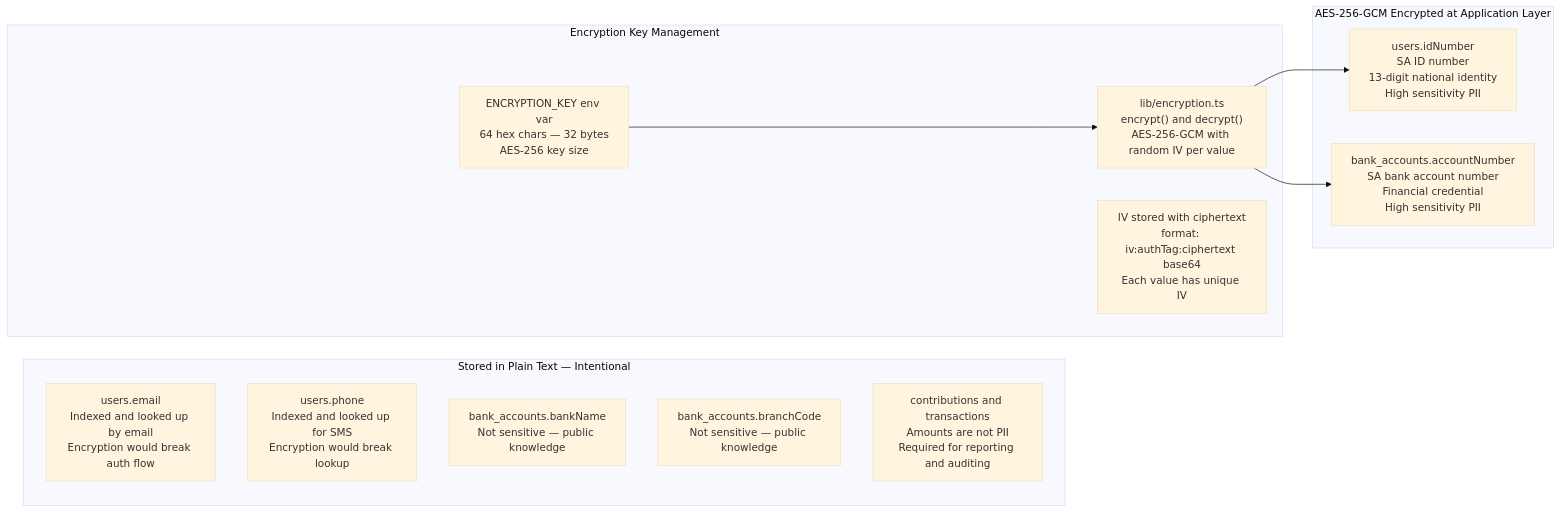
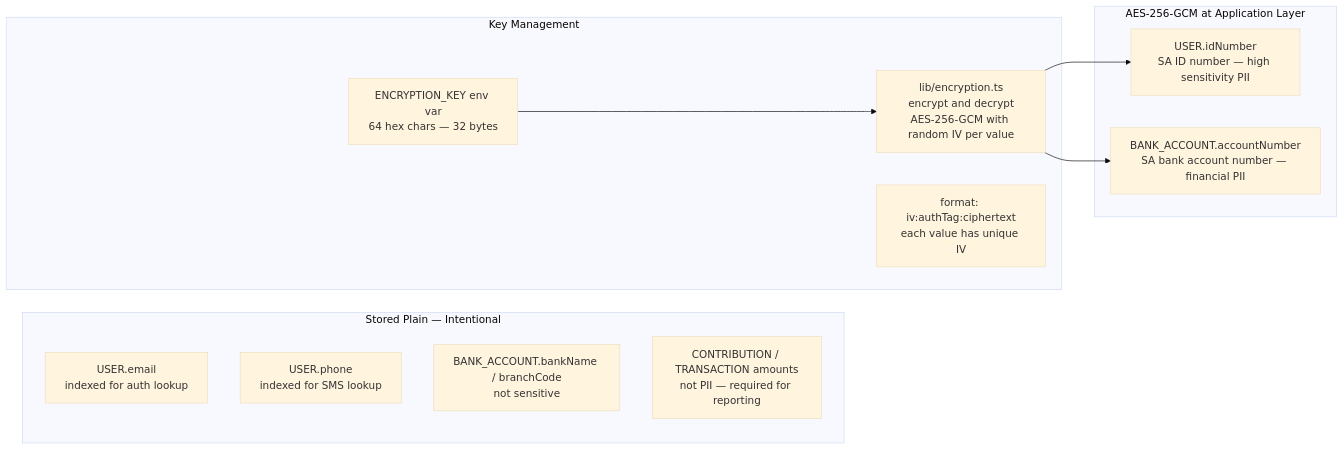
Before and after one commit to KSDRILL-SA/Xkimi-Xa-Mali: the fourth of 4 diagrams in docs/database/01-erd.md, drawn with Mermaid (base theme). The commit also changed other lines of this file, not shown here.

First line of the commit message:
fix(docs): rewrite ERD diagrams using erDiagram syntax (#69)

````diff
--- a/docs/database/01-erd.md
+++ b/docs/database/01-erd.md
@@ -165,24 +252,22 @@
 ```mermaid
 flowchart LR
-    subgraph ENC["AES-256-GCM Encrypted at Application Layer"]
-        E1["users.idNumber\nSA ID number\n13-digit national identity\nHigh sensitivity PII"]
-        E2["bank_accounts.accountNumber\nSA bank account number\nFinancial credential\nHigh sensitivity PII"]
+    subgraph ENCRYPTED["AES-256-GCM at Application Layer"]
+        E1["USER.idNumber\nSA ID number — high sensitivity PII"]
+        E2["BANK_ACCOUNT.accountNumber\nSA bank account number — financial PII"]
     end
 
-    subgraph NOT_ENC["Stored in Plain Text — Intentional"]
-        N1["users.email\nIndexed and looked up by email\nEncryption would break auth flow"]
-        N2["users.phone\nIndexed and looked up for SMS\nEncryption would break lookup"]
-        N3["bank_accounts.bankName\nNot sensitive — public knowledge"]
-        N4["bank_accounts.branchCode\nNot sensitive — public knowledge"]
-        N5["contributions and transactions\nAmounts are not PII\nRequired for reporting and auditing"]
+    subgraph PLAIN["Stored Plain — Intentional"]
+        P1["USER.email\nindexed for auth lookup"]
+        P2["USER.phone\nindexed for SMS lookup"]
+        P3["BANK_ACCOUNT.bankName / branchCode\nnot sensitive"]
+        P4["CONTRIBUTION / TRANSACTION amounts\nnot PII — required for reporting"]
     end
 
-    subgraph ENC_FLOW["Encryption Key Management"]
-        EK1["ENCRYPTION_KEY env var\n64 hex chars — 32 bytes\nAES-256 key size"]
-        EK2["lib/encryption.ts\nencrypt() and decrypt()\nAES-256-GCM with random IV per value"]
-        EK3["IV stored with ciphertext\nformat: iv:authTag:ciphertext base64\nEach value has unique IV"]
+    subgraph KEY_MGMT["Key Management"]
+        K1["ENCRYPTION_KEY env var\n64 hex chars — 32 bytes"]
+        K2["lib/encryption.ts\nencrypt and decrypt\nAES-256-GCM with random IV per value"]
+        K3["format: iv:authTag:ciphertext\neach value has unique IV"]
     end
 
-    EK1 --> EK2 --> E1
-    EK2 --> E2
+    K1 --> K2 --> E1 & E2
 ```
````
